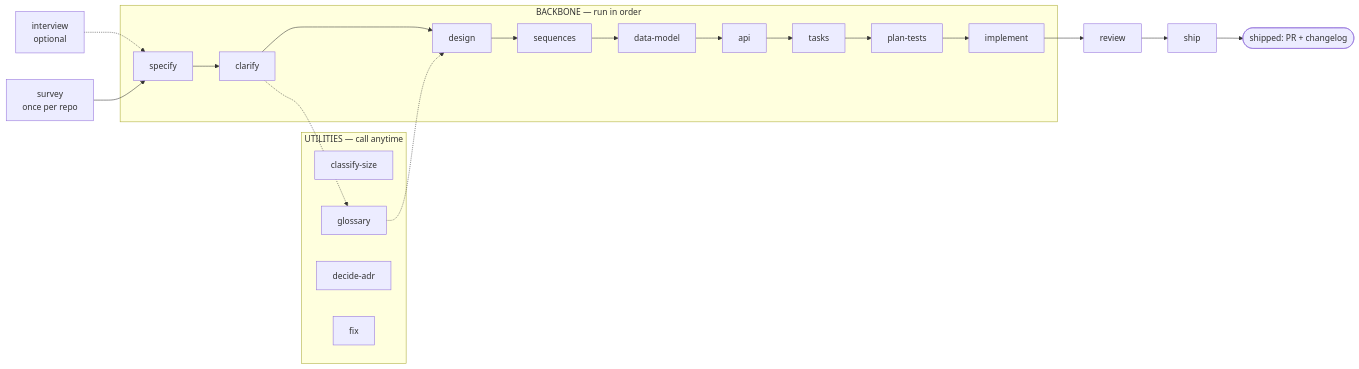
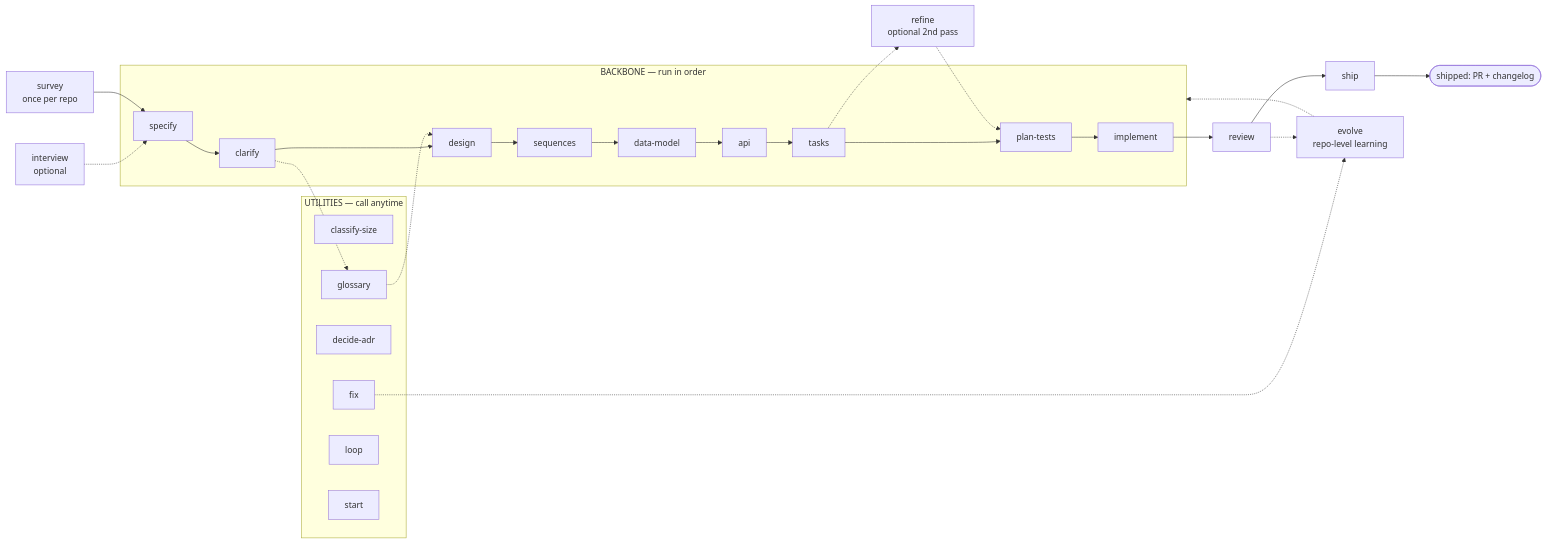
One commit to kanrun-digital/sdd changed the diagram in README.md. Above: the diagram before and after it, drawn with Mermaid. The commit also changed other lines of this file and 16 other files, not shown here.

````diff
--- a/README.md
+++ b/README.md
@@ -129,17 +131,23 @@
 ```mermaid
 flowchart LR
     IV[interview<br/>optional] -.-> S
     SV[survey<br/>once per repo] --> S
     subgraph backbone["BACKBONE — run in order"]
         S[specify] --> CL[clarify] --> D[design] --> SQ[sequences] --> DM[data-model] --> API[api] --> T[tasks] --> PT[plan-tests] --> IM[implement]
     end
     IM --> RV[review] --> SH[ship]
+    T -.-> RF[refine<br/>optional 2nd pass] -.-> PT
     subgraph util["UTILITIES — call anytime"]
         CS[classify-size]
         GL[glossary]
         ADR[decide-adr]
         FX[fix]
+        LP[loop]
+        ST[start]
     end
     CL -.-> GL -.-> D
     SH --> done([shipped: PR + changelog])
+    FX -.-> EV[evolve<br/>repo-level learning]
+    RV -.-> EV
+    EV -.-> backbone
 ```
````
